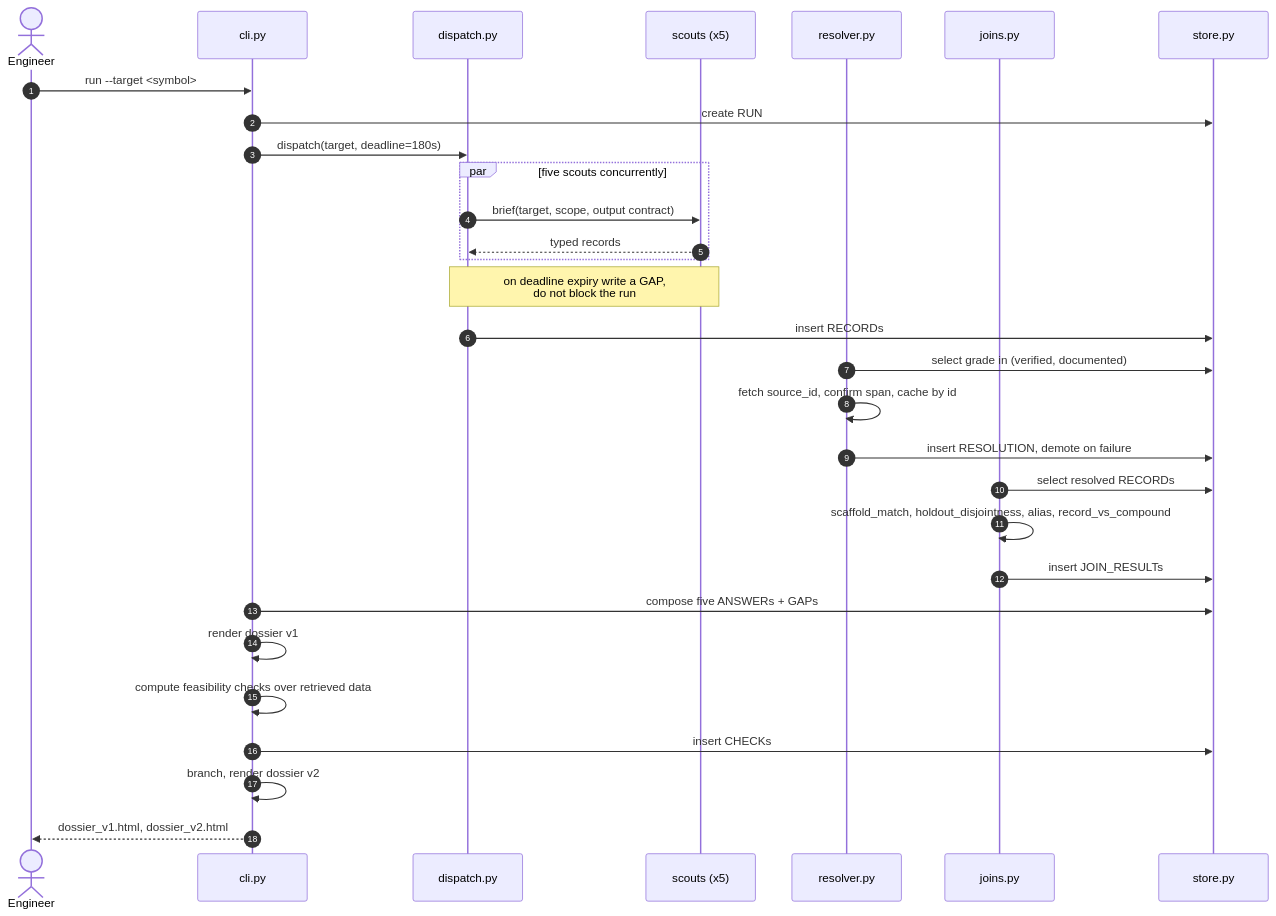
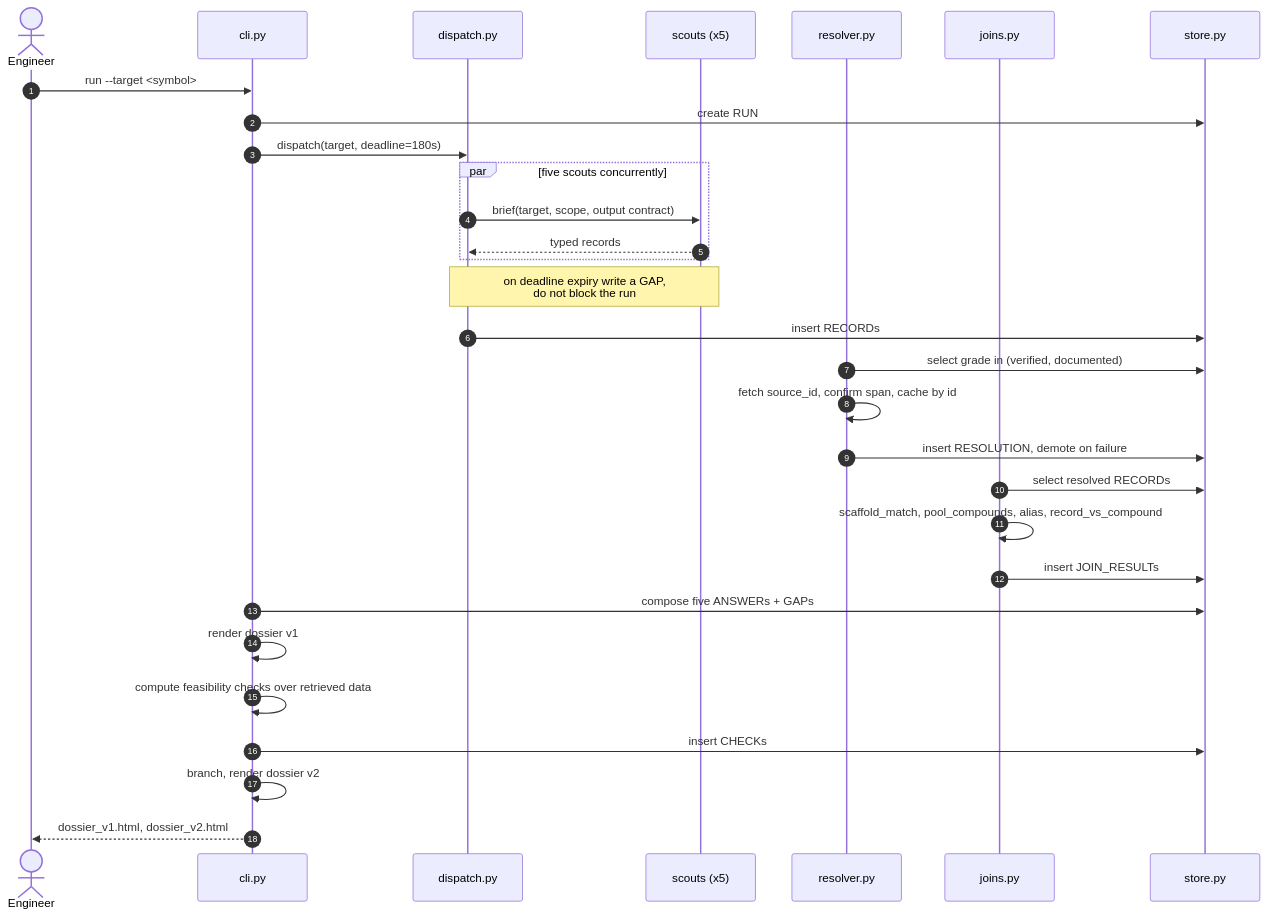
Before and after one commit to kowsercse/pgrn-lead-optimization: the third of 4 diagrams in docs/ARCHITECTURE.md, drawn with Mermaid. The commit also changed other lines of this file and 18 other files, not shown here.

````diff
--- a/docs/ARCHITECTURE.md
+++ b/docs/ARCHITECTURE.md
@@ -158,38 +158,38 @@
 ```mermaid
 sequenceDiagram
     autonumber
     actor Eng as Engineer
     participant CLI as cli.py
     participant D as dispatch.py
     participant S as scouts (x5)
     participant R as resolver.py
     participant J as joins.py
     participant DB as store.py
 
     Eng->>CLI: run --target <symbol>
     CLI->>DB: create RUN
     CLI->>D: dispatch(target, deadline=180s)
 
     par five scouts concurrently
         D->>S: brief(target, scope, output contract)
         S-->>D: typed records
     end
     Note over D,S: on deadline expiry write a GAP,<br/>do not block the run
 
     D->>DB: insert RECORDs
     R->>DB: select grade in (verified, documented)
     R->>R: fetch source_id, confirm span, cache by id
     R->>DB: insert RESOLUTION, demote on failure
 
     J->>DB: select resolved RECORDs
-    J->>J: scaffold_match, holdout_disjointness, alias, record_vs_compound
+    J->>J: scaffold_match, pool_compounds, alias, record_vs_compound
     J->>DB: insert JOIN_RESULTs
 
     CLI->>DB: compose five ANSWERs + GAPs
     CLI->>CLI: render dossier v1
 
     CLI->>CLI: compute feasibility checks over retrieved data
     CLI->>DB: insert CHECKs
     CLI->>CLI: branch, render dossier v2
     CLI-->>Eng: dossier_v1.html, dossier_v2.html
 ```
````
